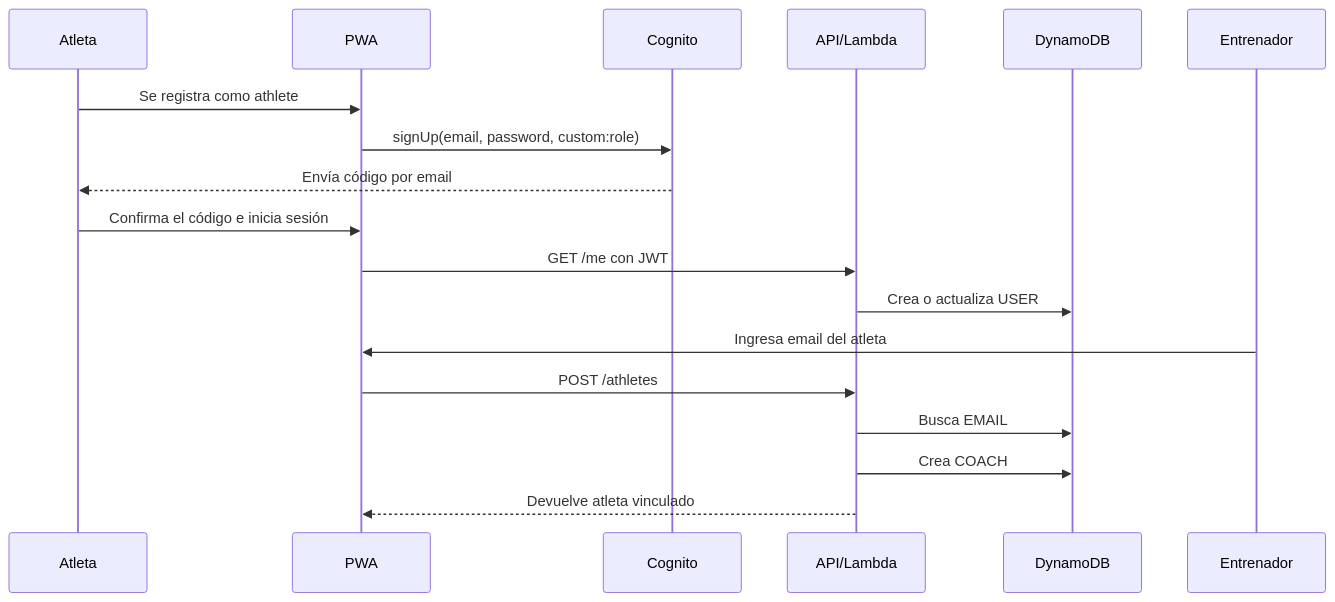
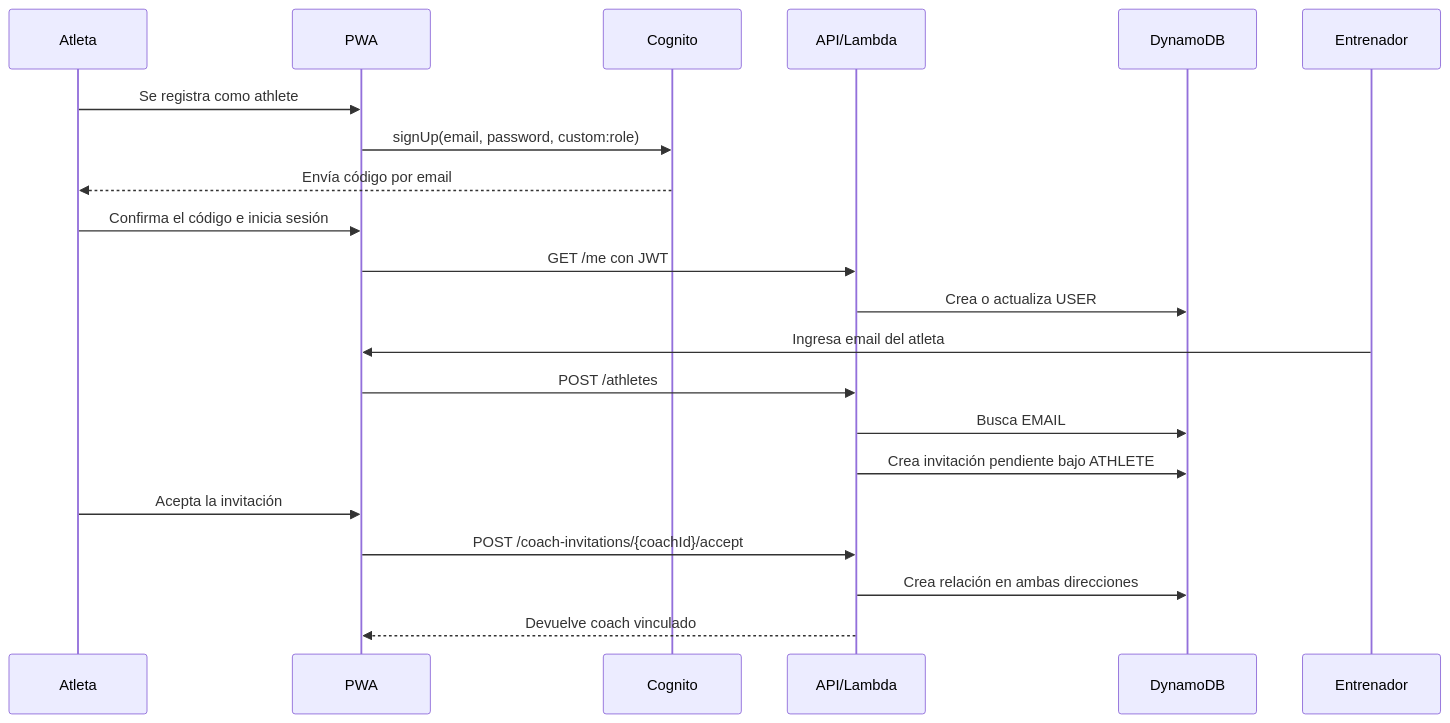
One commit to marcos07-uy/PlanUP changed the first of 2 diagrams in documentacion/funcionamiento.md. Above: the diagram before and after it, drawn with Mermaid. The commit also changed other lines of this file and 13 other files, not shown here.

Commit message:
feat: add athlete coach invitations and selection

````diff
--- a/documentacion/funcionamiento.md
+++ b/documentacion/funcionamiento.md
@@ -34,21 +36,24 @@
 ```mermaid
 sequenceDiagram
     participant A as Atleta
     participant W as PWA
     participant C as Cognito
     participant API as API/Lambda
     participant D as DynamoDB
     participant E as Entrenador
 
     A->>W: Se registra como athlete
     W->>C: signUp(email, password, custom:role)
     C-->>A: Envía código por email
     A->>W: Confirma el código e inicia sesión
     W->>API: GET /me con JWT
     API->>D: Crea o actualiza USER#athlete / PROFILE
     E->>W: Ingresa email del atleta
     W->>API: POST /athletes
     API->>D: Busca EMAIL#email en GSI1
-    API->>D: Crea COACH#coach / ATHLETE#athlete
-    API-->>W: Devuelve atleta vinculado
+    API->>D: Crea invitación pendiente bajo ATHLETE#athlete
+    A->>W: Acepta la invitación
+    W->>API: POST /coach-invitations/{coachId}/accept
+    API->>D: Crea relación en ambas direcciones
+    API-->>W: Devuelve coach vinculado
 ```
````
